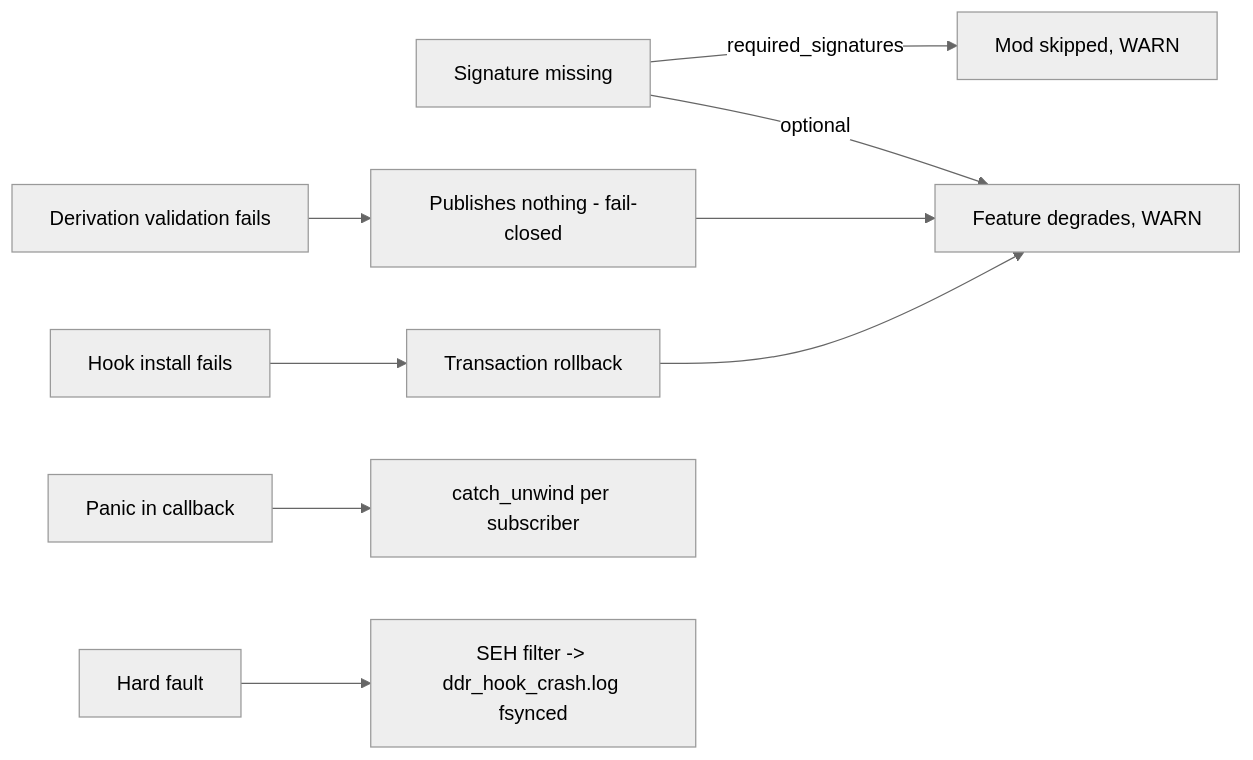
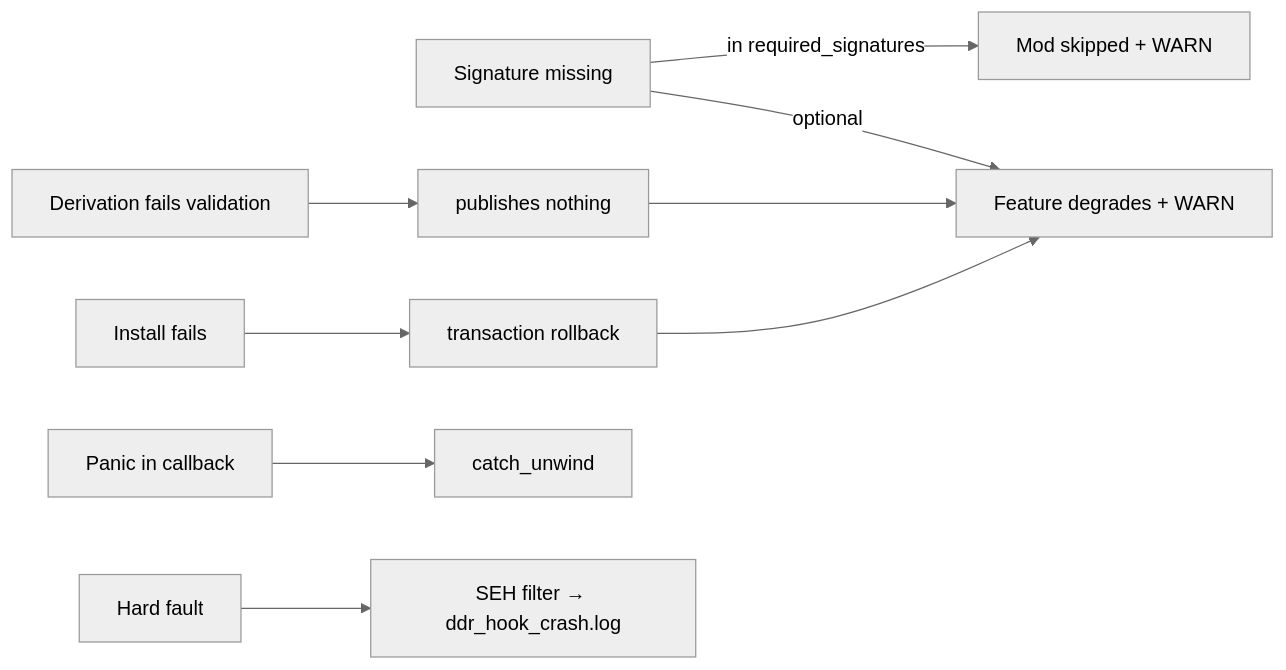
Before and after one commit to skogaby/ddr-world-universal-modpack: the third of 3 diagrams in .agents/summary/architecture.md, drawn with Mermaid (neutral theme). The commit also changed other lines of this file and 46 other files, not shown here.

````diff
--- a/.agents/summary/architecture.md
+++ b/.agents/summary/architecture.md
@@ -87,11 +97,9 @@
 ```mermaid
 flowchart LR
-    SIG[Signature missing] -->|required_signatures| SKIP[Mod skipped, WARN]
-    SIG -->|optional| DEGRADE[Feature degrades, WARN]
-    DERIVE[Derivation validation fails] --> NOTHING[Publishes nothing - fail-closed]
-    NOTHING --> DEGRADE
-    HOOKFAIL[Hook install fails] --> ROLLBACK[Transaction rollback]
-    ROLLBACK --> DEGRADE
-    PANIC[Panic in callback] --> CAUGHT[catch_unwind per subscriber]
-    FAULT[Hard fault] --> SEH[SEH filter -> ddr_hook_crash.log fsynced]
+    SIG[Signature missing] -->|in required_signatures| SKIP[Mod skipped + WARN]
+    SIG -->|optional| DEG[Feature degrades + WARN]
+    DER[Derivation fails validation] --> NONE[publishes nothing] --> DEG
+    HOOK[Install fails] --> RB[transaction rollback] --> DEG
+    PANIC[Panic in callback] --> CU[catch_unwind]
+    FAULT[Hard fault] --> SEH[SEH filter → ddr_hook_crash.log]
 ```
````
